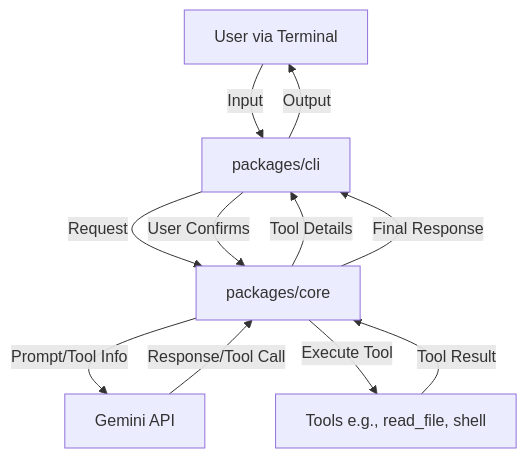
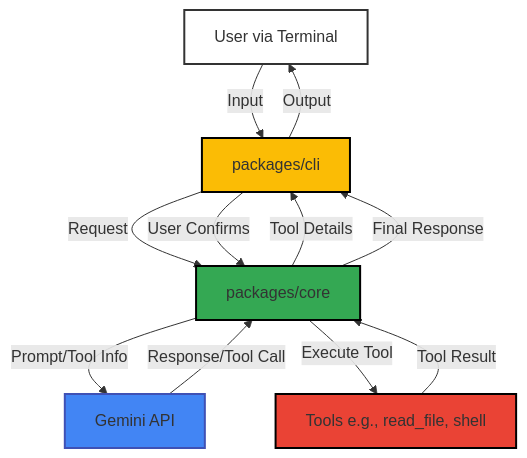
The diagram in docs/architecture.md (iagopontesbm/gemini-cli), drawn with Mermaid before and after one commit. The commit also changed other lines of this file, not shown here.

Commit message:
Docs: Update architecture diagram with Google colors (for future articles)

````diff
--- a/docs/architecture.md
+++ b/docs/architecture.md
@@ -56,13 +56,25 @@
 ```mermaid
 graph TD
-    User[User via Terminal] -- Input --> CLI[packages/cli]
-    CLI -- Request --> Core[packages/core]
+    User[User via Terminal] -- Input --> CLI["packages/cli"]
+    CLI -- Request --> Core["packages/core"]
     Core -- Prompt/Tool Info --> GeminiAPI[Gemini API]
     GeminiAPI -- Response/Tool Call --> Core
     Core -- Tool Details --> CLI
     CLI -- User Confirms --> Core
     Core -- Execute Tool --> Tools[Tools e.g., read_file, shell]
     Tools -- Tool Result --> Core
     Core -- Final Response --> CLI
     CLI -- Output --> User
+
+    classDef userStyle fill:#FFFFFF,stroke:#333333,stroke-width:2px
+    classDef cliStyle fill:#FBBC05,stroke:#000000,stroke-width:2px
+    classDef coreStyle fill:#34A853,stroke:#000000,stroke-width:2px
+    classDef apiStyle fill:#4285F4,stroke:#3F51B5,stroke-width:2px
+    classDef toolsStyle fill:#EA4335,stroke:#000000,stroke-width:2px
+
+    class User userStyle
+    class CLI cliStyle
+    class Core coreStyle
+    class GeminiAPI apiStyle
+    class Tools toolsStyle
 ```
````
